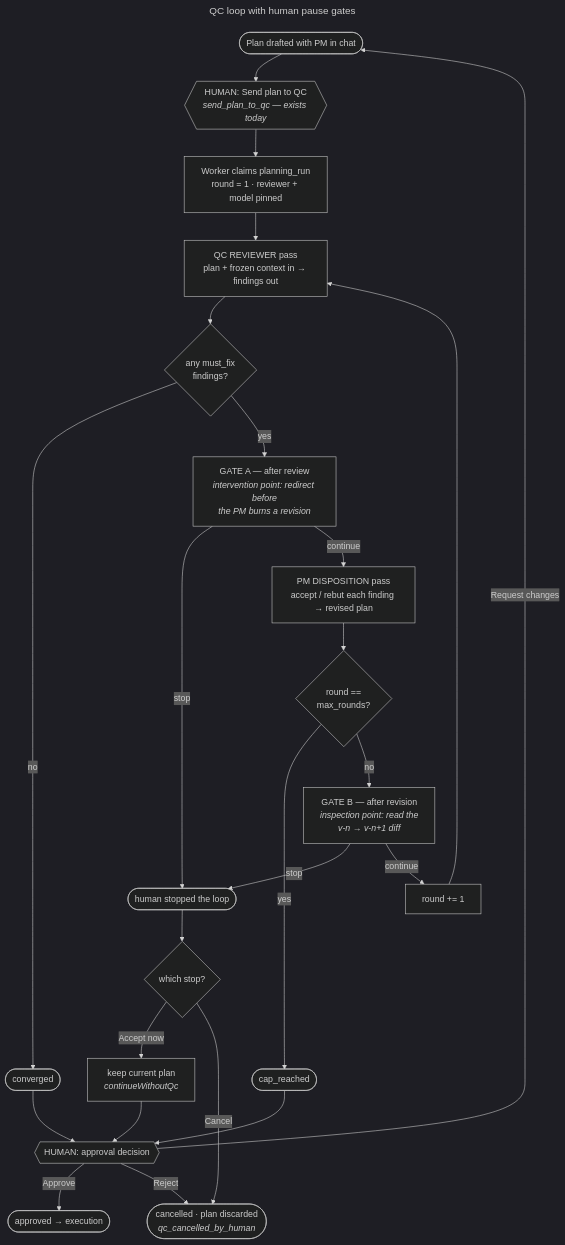
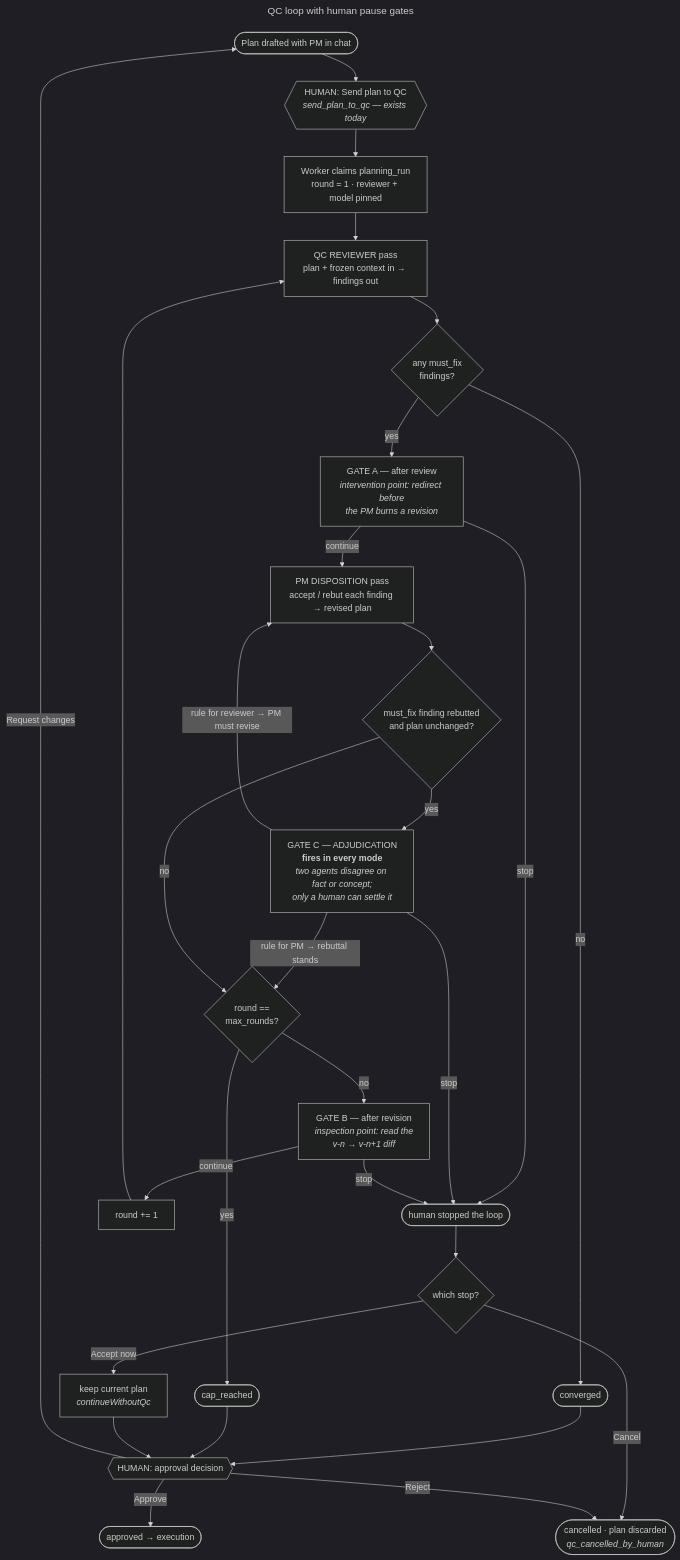
Before and after one commit to ruggerdude/TheNorns: the first of 2 diagrams in docs/QC-PAUSE-POINTS.md, drawn with Mermaid (dark theme). The commit also changed other lines of this file, not shown here.

First line of the commit message:
docs: resolve QC pause-point open questions, add mandatory adjudication gate

````diff
--- a/docs/QC-PAUSE-POINTS.md
+++ b/docs/QC-PAUSE-POINTS.md
@@ -35,39 +40,47 @@
 ```mermaid
 ---
 title: "QC loop with human pause gates"
 ---
 flowchart TD
     start(["Plan drafted with PM in chat"]) --> gate0{{"HUMAN: Send plan to QC<br/><i>send_plan_to_qc — exists today</i>"}}
     gate0 --> claim["Worker claims planning_run<br/>round = 1 · reviewer + model pinned"]
     claim --> rev["QC REVIEWER pass<br/>plan + frozen context in → findings out"]
 
     rev --> conv{"any must_fix<br/>findings?"}
     conv -->|no| converged(["converged"])
 
     conv -->|yes| gateA["GATE A — after review<br/><i>intervention point: redirect before<br/>the PM burns a revision</i>"]
     gateA -->|"stop"| out
     gateA -->|"continue"| pm
 
     pm["PM DISPOSITION pass<br/>accept / rebut each finding → revised plan"]
-    pm --> cap{"round ==<br/>max_rounds?"}
+    pm --> rebut{"must_fix finding rebutted<br/>and plan unchanged?"}
+
+    rebut -->|yes| gateC["GATE C — ADJUDICATION<br/><b>fires in every mode</b><br/><i>two agents disagree on fact or concept;<br/>only a human can settle it</i>"]
+    gateC -->|"rule for reviewer → PM must revise"| pm
+    gateC -->|"rule for PM → rebuttal stands"| cap
+    gateC -->|"stop"| out
+
+    rebut -->|no| cap
+    cap{"round ==<br/>max_rounds?"}
     cap -->|yes| capped(["cap_reached"])
 
     cap -->|no| gateB["GATE B — after revision<br/><i>inspection point: read the<br/>v-n → v-n+1 diff</i>"]
     gateB -->|"stop"| out
     gateB -->|"continue"| next["round += 1"]
     next --> rev
 
     out(["human stopped the loop"])
     out --> acceptOrCancel{"which stop?"}
     acceptOrCancel -->|"Accept now"| keep["keep current plan<br/><i>continueWithoutQc</i>"]
     acceptOrCancel -->|"Cancel"| cancelled(["cancelled · plan discarded<br/><i>qc_cancelled_by_human</i>"])
 
     converged --> approve
     capped --> approve
     keep --> approve
 
     approve{{"HUMAN: approval decision"}}
     approve -->|"Approve"| exec(["approved → execution"])
     approve -->|"Request changes"| start
     approve -->|"Reject"| cancelled
 ```
````
